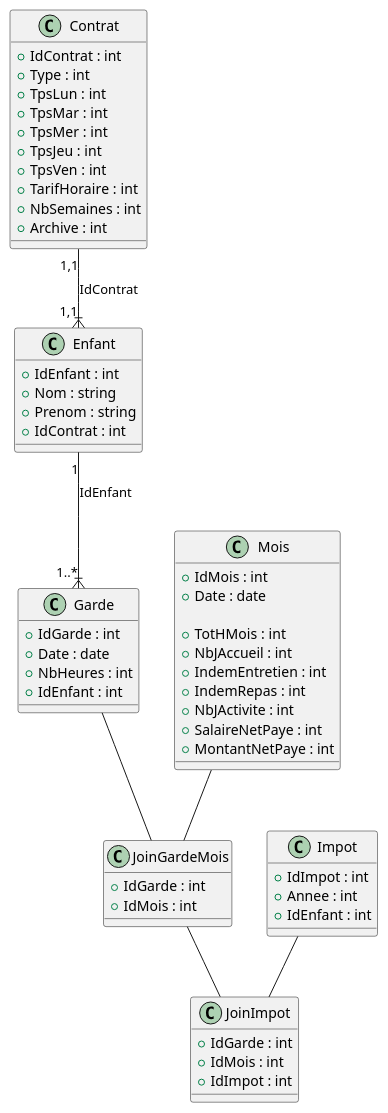
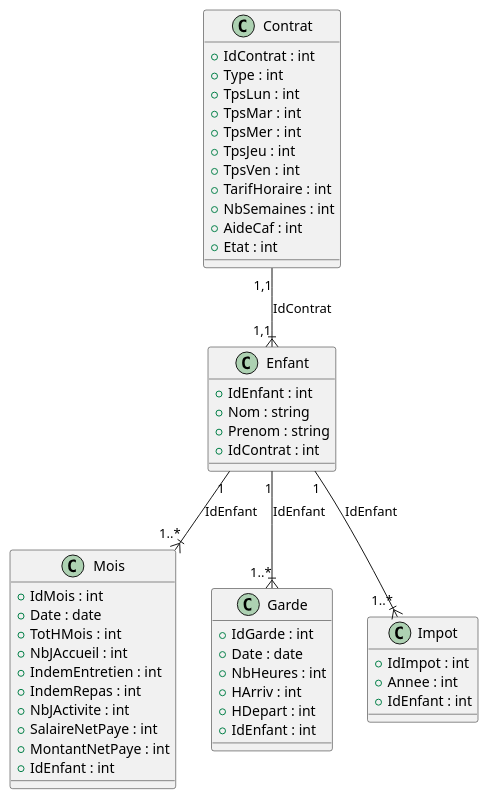
Before and after one commit to CedrineJolly/App1: the diagram in diagramme.puml, drawn with PlantUML. The commit also changed 6 other files, not shown here.

```diff
--- a/diagramme.puml
+++ b/diagramme.puml
@@ -1,76 +1,66 @@
 @startuml
 class Contrat 
 {
     + IdContrat : int
     + Type : int
     + TpsLun : int
     + TpsMar : int
     + TpsMer : int
     + TpsJeu : int
     + TpsVen : int
     + TarifHoraire : int
     + NbSemaines : int
-    + Archive : int
+    + AideCaf : int
+    + Etat : int
 }
 
 class Enfant
 {
     + IdEnfant : int
     + Nom : string
     + Prenom : string
     + IdContrat : int
 }
 Contrat "1,1"--|{"1,1" Enfant : IdContrat
 
 class Mois 
 {
     + IdMois : int
     + Date : date
-
     + TotHMois : int
     + NbJAccueil : int
     + IndemEntretien : int
     + IndemRepas : int
     + NbJActivite : int
     + SalaireNetPaye : int
     + MontantNetPaye : int
+    + IdEnfant : int
 
 }
+
+Enfant "1" --|{ "1..*" Mois : IdEnfant
 
 class Garde
 {
     + IdGarde : int
     + Date : date 
     + NbHeures : int
+    + HArriv : int
+    + HDepart : int
     + IdEnfant : int
 }
 
 Enfant "1" --|{ "1..*" Garde : IdEnfant
 
-class JoinGardeMois
-{
-    + IdGarde : int
-    + IdMois : int
-}
-
-Garde -- JoinGardeMois
-Mois -- JoinGardeMois
 
 class Impot
 {
     + IdImpot : int
     + Annee : int
     + IdEnfant : int
 }
 
-class JoinImpot
-{
-    + IdGarde : int
-    + IdMois : int
-    + IdImpot : int
-}
+Enfant "1" --|{ "1..*" Impot : IdEnfant
 
-Impot -- JoinImpot
-JoinGardeMois -- JoinImpot
 
 @enduml
```
